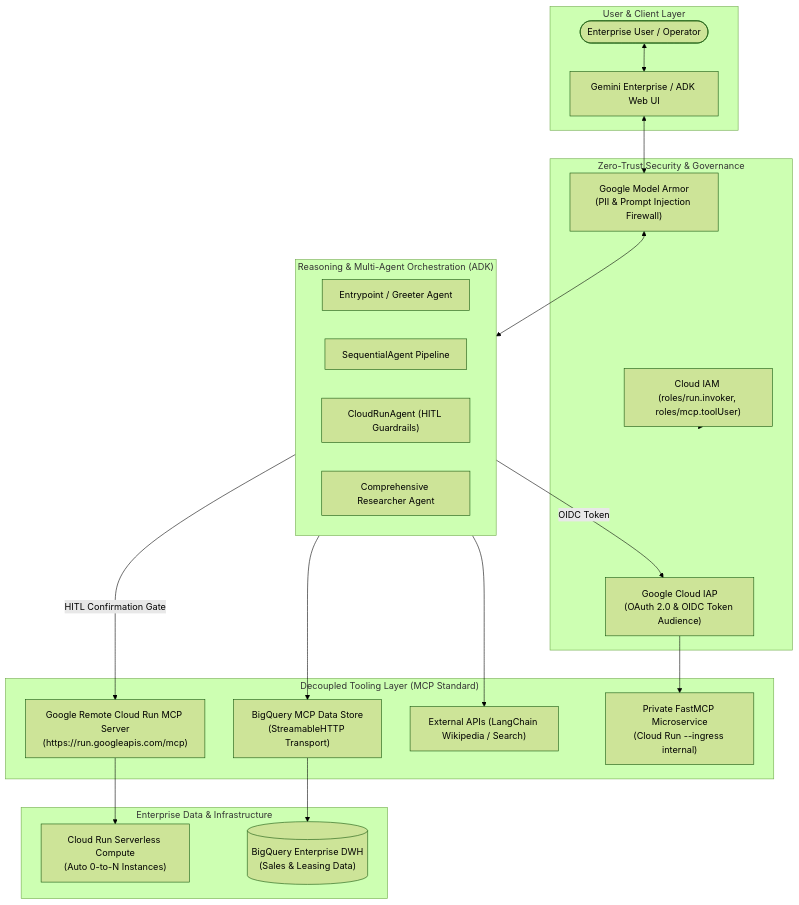
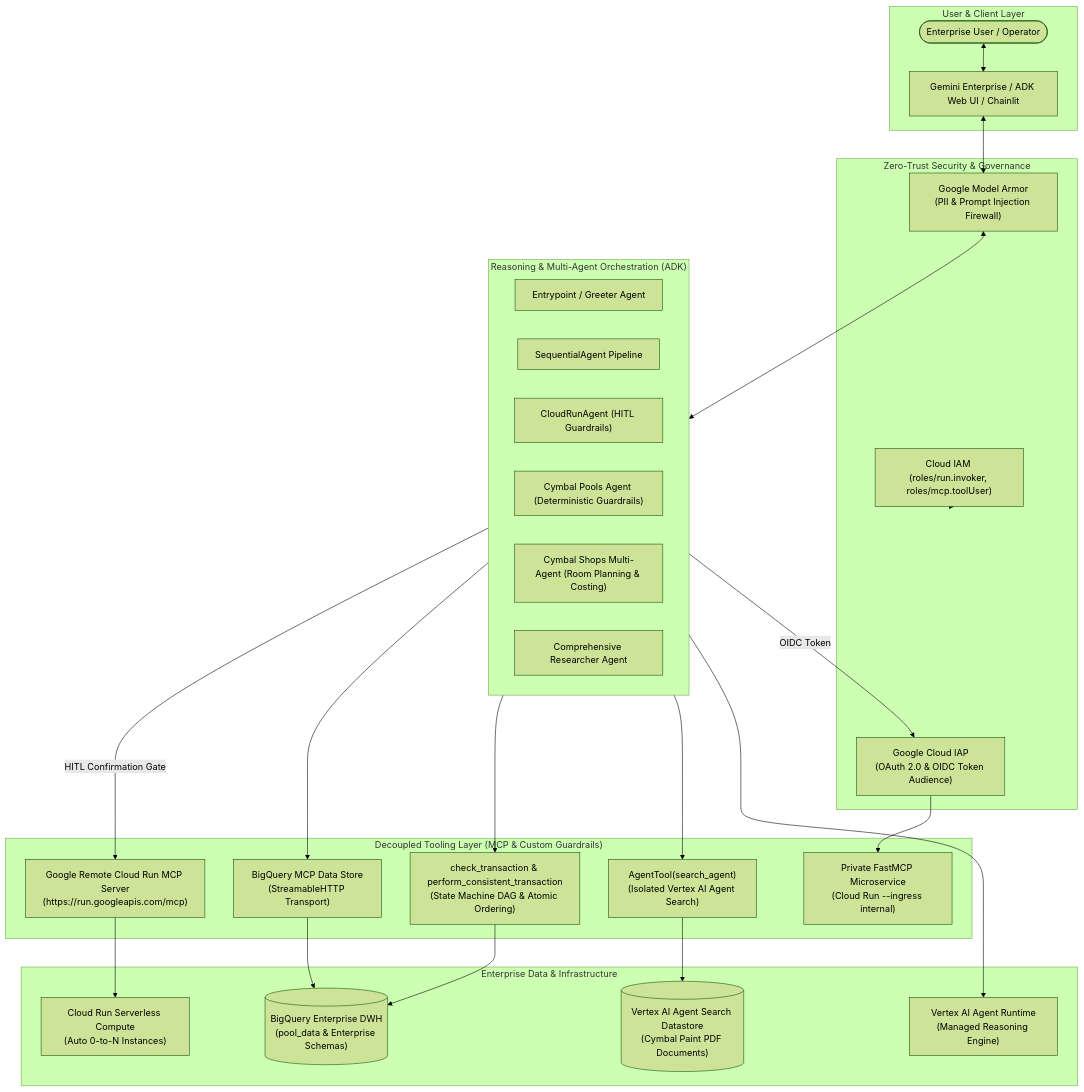
One commit to balajisagar387/enterprise-agentic-ai-gcp changed the diagram in README.md. Above: the diagram before and after it, drawn with Mermaid (forest theme). The commit also changed other lines of this file and 115 other files, not shown here.

Commit message:
feat: enterprise agentic AI & zero-trust cloud architecture portfolio

````diff
--- a/README.md
+++ b/README.md
@@ -29,44 +31,53 @@
 ```mermaid
 flowchart TD
     subgraph Clients["User & Client Layer"]
         User(["Enterprise User / Operator"])
-        ChatApp["Gemini Enterprise / ADK Web UI"]
+        ChatApp["Gemini Enterprise / ADK Web UI / Chainlit"]
     end
 
     subgraph SecurityFabric["Zero-Trust Security & Governance"]
         IAP["Google Cloud IAP\n(OAuth 2.0 & OIDC Token Audience)"]
         ModelArmor["Google Model Armor\n(PII & Prompt Injection Firewall)"]
         IAM_OIDC["Cloud IAM (roles/run.invoker, roles/mcp.toolUser)"]
     end
 
     subgraph ReasoningLayer["Reasoning & Multi-Agent Orchestration (ADK)"]
         Greeter["Entrypoint / Greeter Agent"]
         Workflow["SequentialAgent Pipeline"]
         DevOpsAgent["CloudRunAgent (HITL Guardrails)"]
+        EvalAgent["Cymbal Pools Agent (Deterministic Guardrails)"]
+        PaintAgent["Cymbal Shops Multi-Agent (Room Planning & Costing)"]
         Researcher["Comprehensive Researcher Agent"]
     end
 
-    subgraph ToolingLayer["Decoupled Tooling Layer (MCP Standard)"]
+    subgraph ToolingLayer["Decoupled Tooling Layer (MCP & Custom Guardrails)"]
         RemoteMCP["Google Remote Cloud Run MCP Server\n(https://run.googleapis.com/mcp)"]
         PrivateMCP["Private FastMCP Microservice\n(Cloud Run --ingress internal)"]
         BQ_MCP["BigQuery MCP Data Store\n(StreamableHTTP Transport)"]
-        ExternalAPI["External APIs (LangChain Wikipedia / Search)"]
+        StateGuardrails["check_transaction & perform_consistent_transaction\n(State Machine DAG & Atomic Ordering)"]
+        AgentToolSearch["AgentTool(search_agent)\n(Isolated Vertex AI Agent Search)"]
     end
 
     subgraph StorageCompute["Enterprise Data & Infrastructure"]
-        BigQuery[("BigQuery Enterprise DWH\n(Sales & Leasing Data)")]
+        BigQuery[("BigQuery Enterprise DWH\n(pool_data & Enterprise Schemas)")]
         CloudRunEngine["Cloud Run Serverless Compute\n(Auto 0-to-N Instances)"]
+        AgentRuntimeEngine["Vertex AI Agent Runtime\n(Managed Reasoning Engine)"]
+        SearchDatastore[("Vertex AI Agent Search Datastore\n(Cymbal Paint PDF Documents)")]
     end
 
     User <--> ChatApp
     ChatApp <--> ModelArmor
     ModelArmor <--> ReasoningLayer
     ReasoningLayer -- "OIDC Token" --> IAP
     IAP --> PrivateMCP
     ReasoningLayer -- "HITL Confirmation Gate" --> RemoteMCP
     RemoteMCP --> CloudRunEngine
     ReasoningLayer --> BQ_MCP
     BQ_MCP --> BigQuery
-    ReasoningLayer --> ExternalAPI
+    ReasoningLayer --> StateGuardrails
+    StateGuardrails --> BigQuery
+    ReasoningLayer --> AgentToolSearch
+    AgentToolSearch --> SearchDatastore
+    ReasoningLayer --> AgentRuntimeEngine
     IAM_OIDC -.-> SecurityFabric
 ```
````
